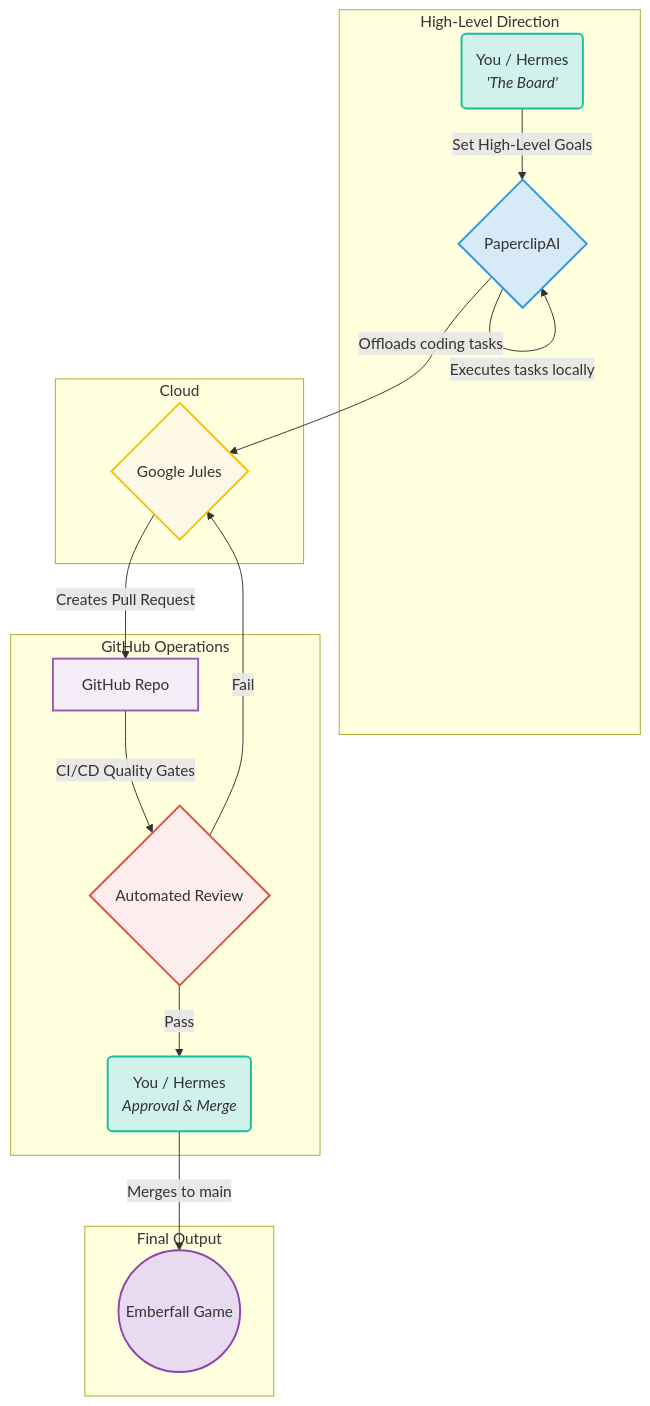
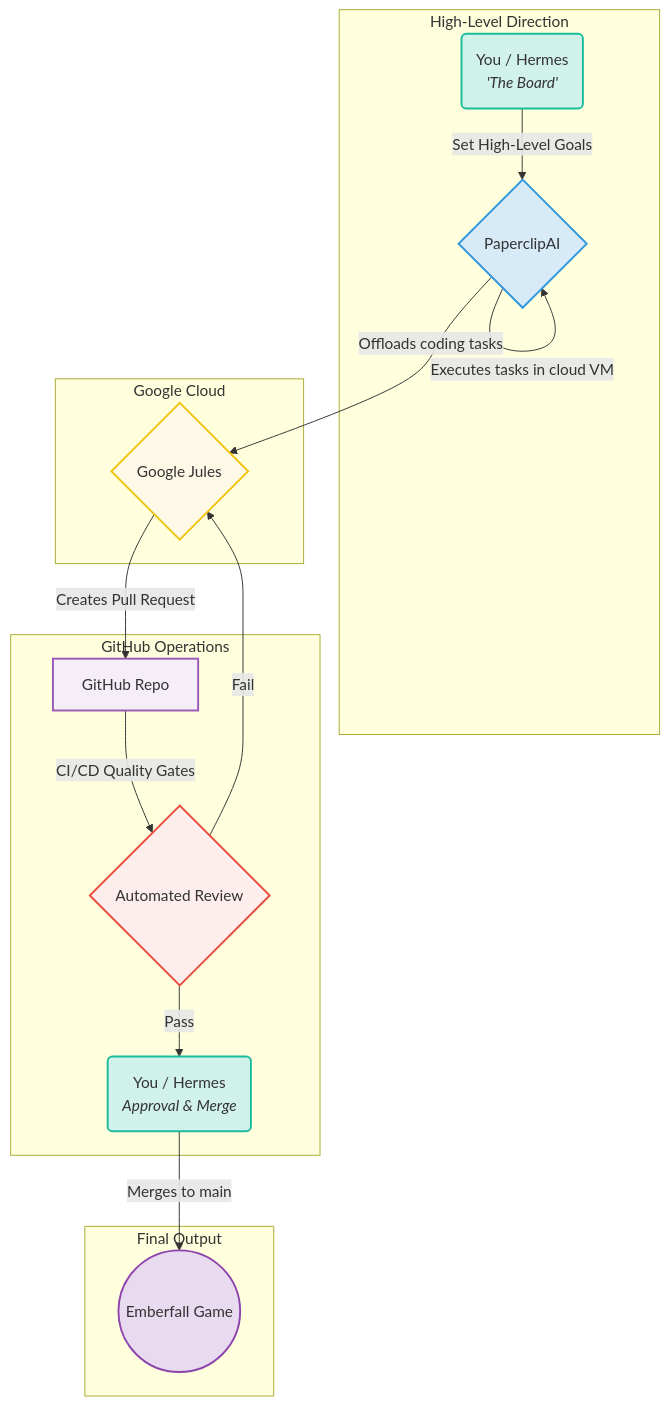
Before and after one commit to niyazmft/emberfall: the diagram in README.md, drawn with Mermaid.

Commit message:
Update cloud execution description in README

````diff
--- a/README.md
+++ b/README.md
@@ -9,30 +9,30 @@
 ```mermaid
 graph TD
     subgraph "High-Level Direction"
         A(You / Hermes <br><i>'The Board'</i>) -- "Set High-Level Goals" --> B{PaperclipAI};
     end
 
-    subgraph "Cloud"
-        B -- "Executes tasks locally" --> B;
+    subgraph "Google Cloud"
+        B -- "Executes tasks in cloud VM" --> B;
         B -- "Offloads coding tasks" --> C{Google Jules};
     end
 
     subgraph "GitHub Operations"
         C -- "Creates Pull Request" --> D[GitHub Repo];
         D -- "CI/CD Quality Gates" --> E{Automated Review};
         E -- "Pass" --> F(You / Hermes <br><i>Approval & Merge</i>);
         E -- "Fail" --> C;
     end
     
     subgraph "Final Output"
         F -- "Merges to main" --> G((Emberfall Game));
     end
 
     style A fill:#D1F2EB,stroke:#1ABC9C,stroke-width:2px
     style B fill:#D6EAF8,stroke:#3498DB,stroke-width:2px
     style C fill:#FEF9E7,stroke:#F1C40F,stroke-width:2px
     style D fill:#F5EEF8,stroke:#9B59B6,stroke-width:2px
     style E fill:#FDEDEC,stroke:#E74C3C,stroke-width:2px
     style F fill:#D1F2EB,stroke:#1ABC9C,stroke-width:2px
     style G fill:#E8DAEF,stroke:#8E44AD,stroke-width:2px
 ```
````
